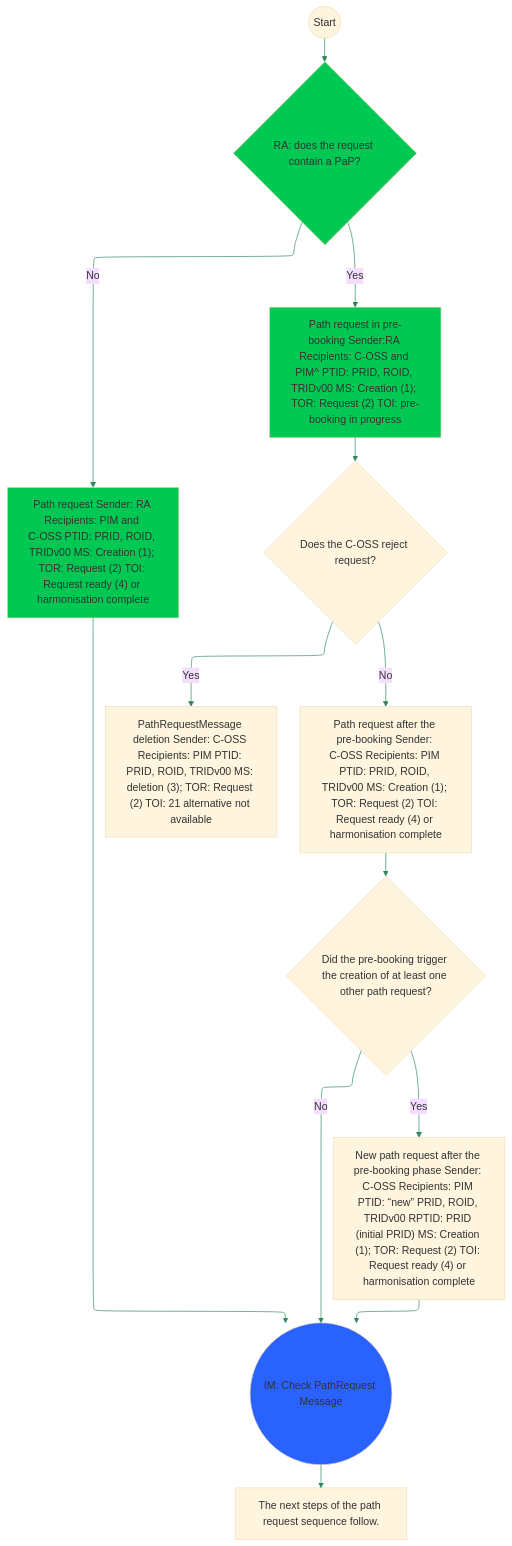
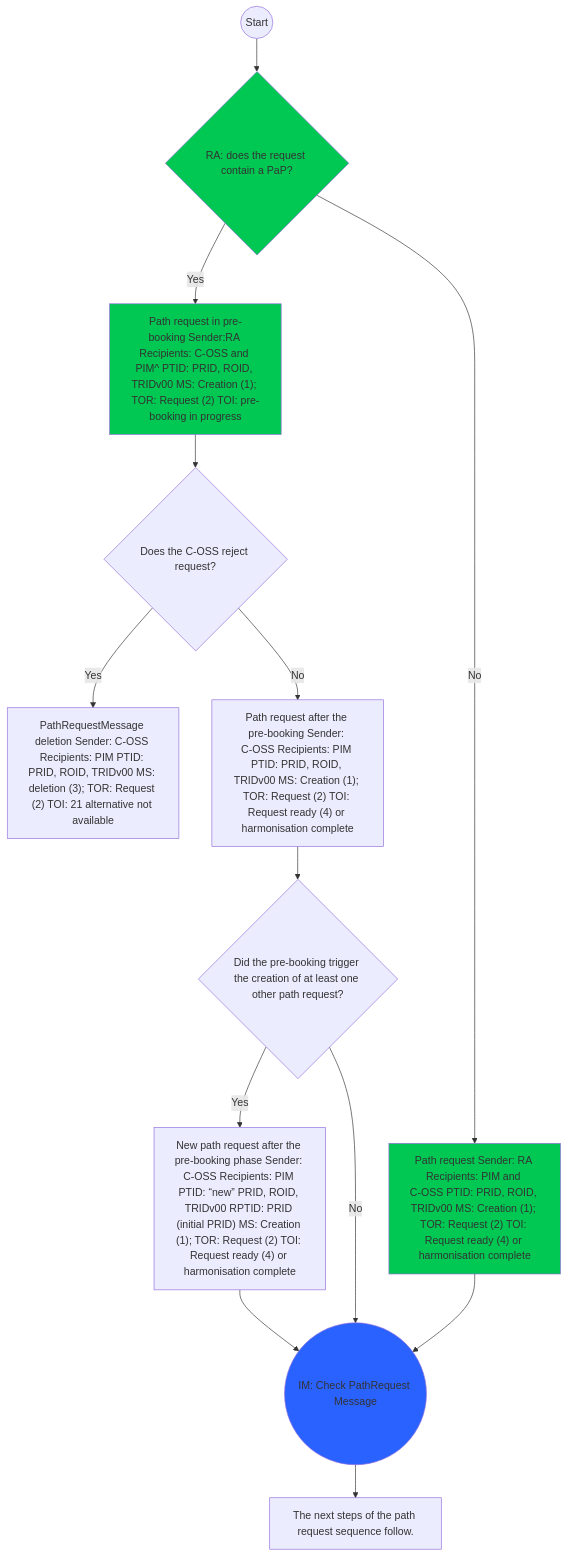
The diagram in mermaid.mmd (floriandettmeier/mermaid-workspace), drawn with Mermaid before and after one commit.

```diff
--- a/mermaid.mmd
+++ b/mermaid.mmd
@@ -1,65 +1,69 @@
 %%{init:{
   "theme":"base",
-  "themeVariables": { "lineColor":"#2f855a" },
-  "themeCSS": ".mermaid a{cursor:pointer}.mermaid a span{color:#1d4ed8;text-decoration:underline}",
+  "themeCSS": "
+    .mermaid a{cursor:pointer;text-decoration:underline}
+    /* robust: trifft HTML- und SVG-Text */
+    .mermaid a span, .mermaid a { color:#dc2626; fill:#dc2626; }
+  ",
   "flowchart": { "defaultRenderer":"elk" }
 }}%%
+
 flowchart TD
 
 
 start((Start))
    
     checkPaP{RA: does the request contain a PaP?}
     
     pathRequestPreBooking["Path request in pre-booking Sender:RA Recipients: C-OSS and PIM^ PTID: PRID, ROID, TRIDv00 MS: Creation (1); TOR: Request (2) TOI: pre-booking in progress"]
     
     pathRequestNo["Path request Sender: RA Recipients: PIM and C‑OSS PTID: PRID, ROID, TRIDv00 MS: Creation (1); TOR: Request (2) TOI: Request ready (4) or harmonisation complete"]
     
     cossReject{Does the C‑OSS reject request?}
     
     cossDeletion["PathRequestMessage deletion Sender: C‑OSS Recipients: PIM PTID: PRID, ROID, TRIDv00 MS: deletion (3); TOR: Request (2) TOI: 21 alternative not available"]
      
     pathAfterPreBooking["Path request after the pre‑booking Sender: C‑OSS Recipients: PIM PTID: PRID, ROID, TRIDv00 MS: Creation (1); TOR: Request (2) TOI: Request ready (4) or harmonisation complete"]
     
     prebookingTrigger{Did the pre‑booking trigger the creation of at least one other path request?}
     
     newPath["New path request after the pre‑booking phase Sender: C‑OSS Recipients: PIM PTID: “new” PRID, ROID, TRIDv00 RPTID: PRID (initial PRID) MS: Creation (1); TOR: Request (2) TOI: Request ready (4) or harmonisation complete"]
     
     imCheck((IM: Check PathRequest Message))
     
     nextSteps["The next steps of the path request sequence follow."]
     
   
     
     start --> checkPaP
     checkPaP -- Yes --> pathRequestPreBooking
     checkPaP -- No --> pathRequestNo
     pathRequestNo --> imCheck
     pathRequestPreBooking --> cossReject
     cossReject -- Yes --> cossDeletion 
     cossReject -- No --> pathAfterPreBooking --> prebookingTrigger
     prebookingTrigger -- Yes --> newPath --> imCheck
     prebookingTrigger -- No --> imCheck
     imCheck --> nextSteps
 
 
     
     classDef Blue fill:#2962FF;
     classDef Green fill:#00C853;
     
     class imCheck Blue;
     class checkPaP,pathRequestPreBooking,pathRequestNo Green;
 
   
  
     click start href "https://github.com/floriandettmeier/mermaid-workspace/blob/main/mermaid.mmd?short_path=318b3c2#L5" "Start node code" _blank
     click checkPaP href "https://github.com/floriandettmeier/mermaid-workspace/blob/main/mermaid.mmd?short_path=318b3c2#L7" "checkPaP code" _blank
     click pathRequestPreBooking href "https://github.com/floriandettmeier/mermaid-workspace/blob/main/mermaid.mmd?short_path=318b3c2#L9" "pathRequestPreBooking code" _blank
     click pathRequestNo href "https://github.com/floriandettmeier/mermaid-workspace/blob/main/mermaid.mmd?short_path=318b3c2#L11" "pathRequestNo code" _blank
     click cossReject href "https://github.com/floriandettmeier/mermaid-workspace/blob/main/mermaid.mmd?short_path=318b3c2#L14" "cossReject code" _blank
     click cossDeletion href "https://github.com/floriandettmeier/mermaid-workspace/blob/main/mermaid.mmd?short_path=318b3c2#L16" "cossDeletion code" _blank
     click pathAfterPreBooking href "https://github.com/floriandettmeier/mermaid-workspace/blob/main/mermaid.mmd?short_path=318b3c2#L19" "pathAfterPreBooking code" _blank
     click prebookingTrigger href "https://github.com/floriandettmeier/mermaid-workspace/blob/main/mermaid.mmd?short_path=318b3c2#L22" "prebookingTrigger code" _blank
     click newPath href "https://github.com/floriandettmeier/mermaid-workspace/blob/main/mermaid.mmd?short_path=318b3c2#L24" "newPath code" _blank
     click imCheck href "https://github.com/floriandettmeier/mermaid-workspace/blob/main/mermaid.mmd?short_path=318b3c2#L27" "imCheck code" _blank
     click nextSteps href "https://github.com/floriandettmeier/mermaid-workspace/blob/main/mermaid.mmd?short_path=318b3c2#L29" "nextSteps code" _blank
```
